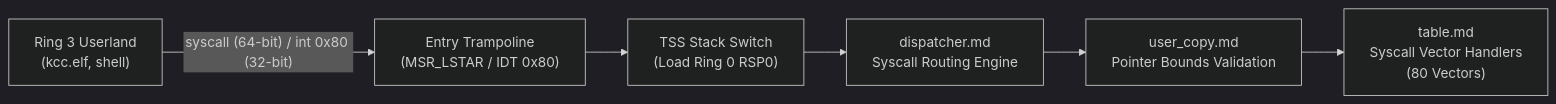
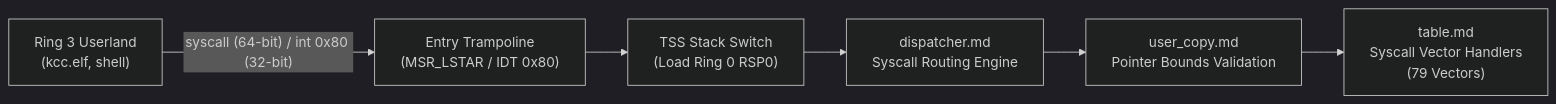
The diagram in docs/syscall/README.md (mrvlous/keira), drawn with Mermaid (dark theme) before and after one commit. The commit also changed 6 other files, not shown here.

Commit message:
fix(syscall): synchronize syscall vectors and documentation parity across codebase

````diff
--- a/docs/syscall/README.md
+++ b/docs/syscall/README.md
@@ -11,8 +11,8 @@
 ```mermaid
 graph LR
     User["Ring 3 Userland<br/>(kcc.elf, shell)"] -->|"syscall (64-bit) / int 0x80 (32-bit)"| Entry["Entry Trampoline<br/>(MSR_LSTAR / IDT 0x80)"]
     Entry --> TSS["TSS Stack Switch<br/>(Load Ring 0 RSP0)"]
     TSS --> Dispatch["dispatcher.md<br/>Syscall Routing Engine"]
     Dispatch --> Valid["user_copy.md<br/>Pointer Bounds Validation"]
-    Valid --> Table["table.md<br/>Syscall Vector Handlers<br/>(80 Vectors)"]
+    Valid --> Table["table.md<br/>Syscall Vector Handlers<br/>(79 Vectors)"]
 ```
````
